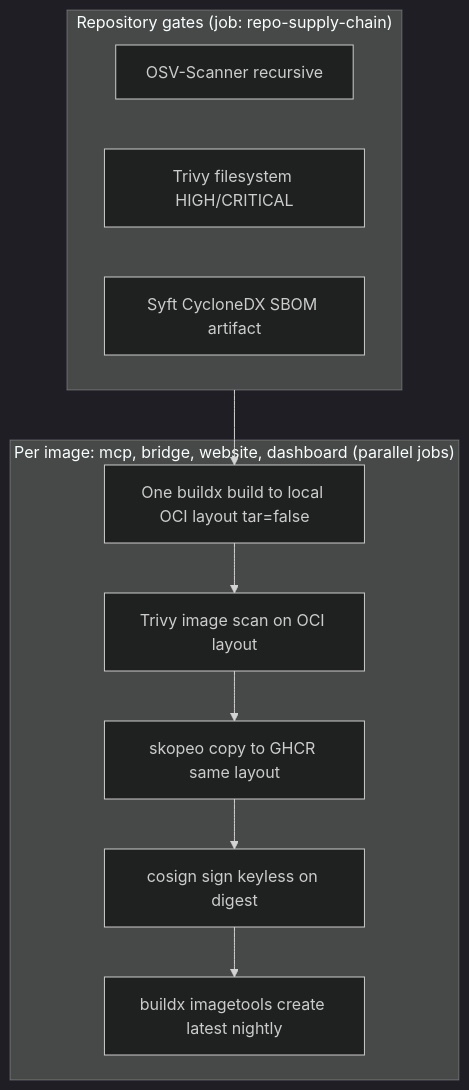
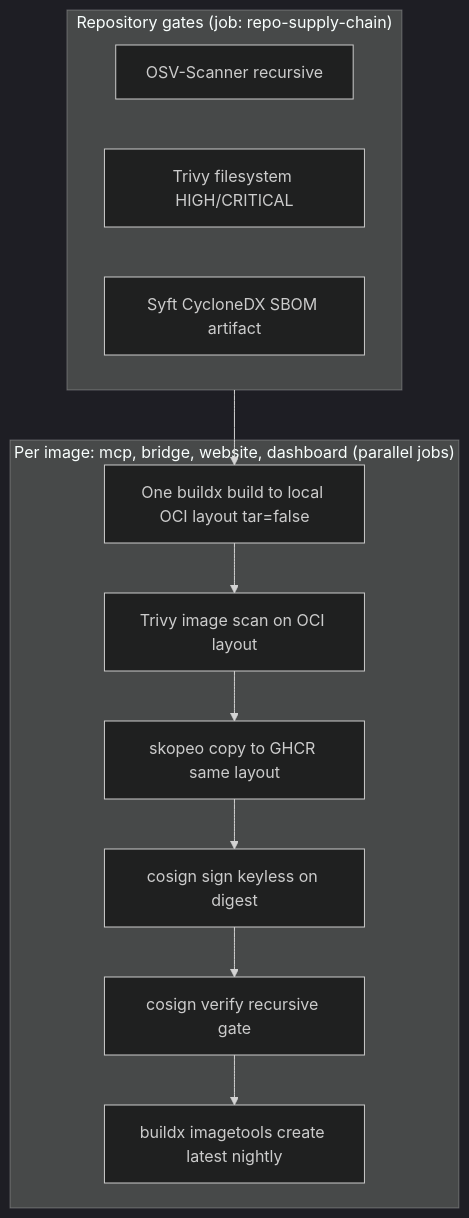
Before and after one commit to danielsmithdevelopment/ClawQL: the diagram in docs/security/golden-image-pipeline.md, drawn with Mermaid (dark theme). The commit also changed other lines of this file and 7 other files, not shown here.

First line of the commit message:
ci: cosign verify before promote; GHCR visibility for all ships

````diff
--- a/docs/security/golden-image-pipeline.md
+++ b/docs/security/golden-image-pipeline.md
@@ -19,20 +19,22 @@
 ```mermaid
 flowchart TB
   subgraph repo["Repository gates (job: repo-supply-chain)"]
     OSV[OSV-Scanner recursive]
     TrivyFS[Trivy filesystem HIGH/CRITICAL]
     Syft[Syft CycloneDX SBOM artifact]
   end
   subgraph perImage["Per image: mcp, bridge, website, dashboard (parallel jobs)"]
     Build[One buildx build to local OCI layout tar=false]
     TrivyOCI[Trivy image scan on OCI layout]
     Skopeo[skopeo copy to GHCR same layout]
     Cosign[cosign sign keyless on digest]
+    CosignVerify[cosign verify recursive gate]
     Promote[buildx imagetools create latest nightly]
   end
   repo --> Build
   Build --> TrivyOCI
   TrivyOCI --> Skopeo
   Skopeo --> Cosign
-  Cosign --> Promote
+  Cosign --> CosignVerify
+  CosignVerify --> Promote
 ```
````
